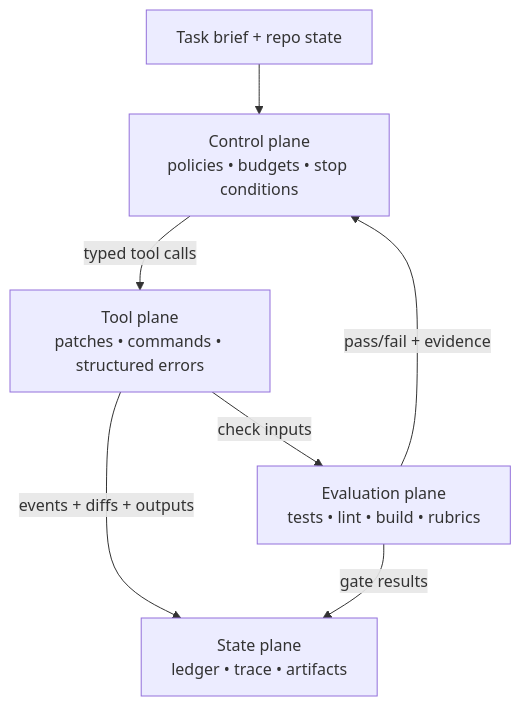
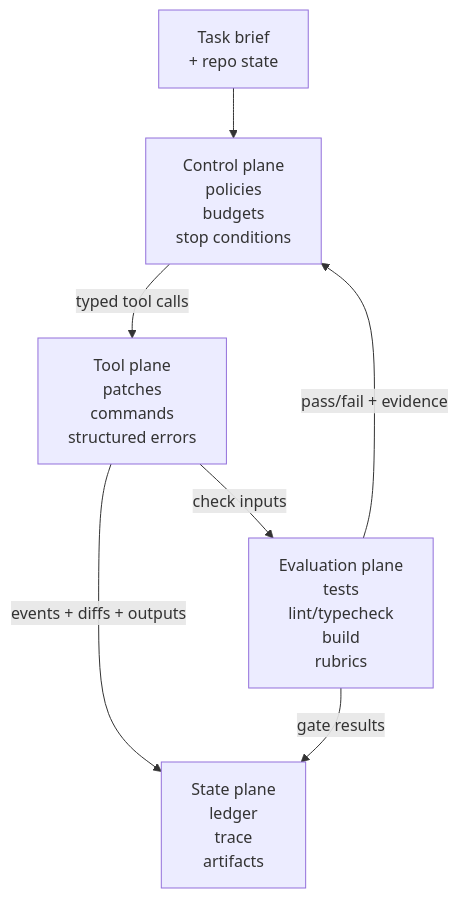
Before and after one commit to rmax-ai/ai-first-software-engineering-book: the first of 2 diagrams in book/chapters/02-harness-engineering.md, drawn with Mermaid. The commit also changed other lines of this file and 19 other files, not shown here.

````diff
--- a/book/chapters/02-harness-engineering.md
+++ b/book/chapters/02-harness-engineering.md
@@ -35,9 +39,16 @@
 ```mermaid
 flowchart TB
-  TB[Task brief + repo state] --> C[Control plane\npolicies • budgets • stop conditions]
-  C -->|typed tool calls| T[Tool plane\npatches • commands • structured errors]
-  T -->|check inputs| E[Evaluation plane\ntests • lint • build • rubrics]
+  TB[Task brief<br/>+ repo state]
+
+  C[Control plane<br/>policies<br/>budgets<br/>stop conditions]
+  T[Tool plane<br/>patches<br/>commands<br/>structured errors]
+  E[Evaluation plane<br/>tests<br/>lint/typecheck<br/>build<br/>rubrics]
+  S[State plane<br/>ledger<br/>trace<br/>artifacts]
+
+  TB --> C
+  C -->|typed tool calls| T
+  T -->|check inputs| E
   E -->|pass/fail + evidence| C
-  T -->|events + diffs + outputs| S[State plane\nledger • trace • artifacts]
+  T -->|events + diffs + outputs| S
   E -->|gate results| S
 ```
````
